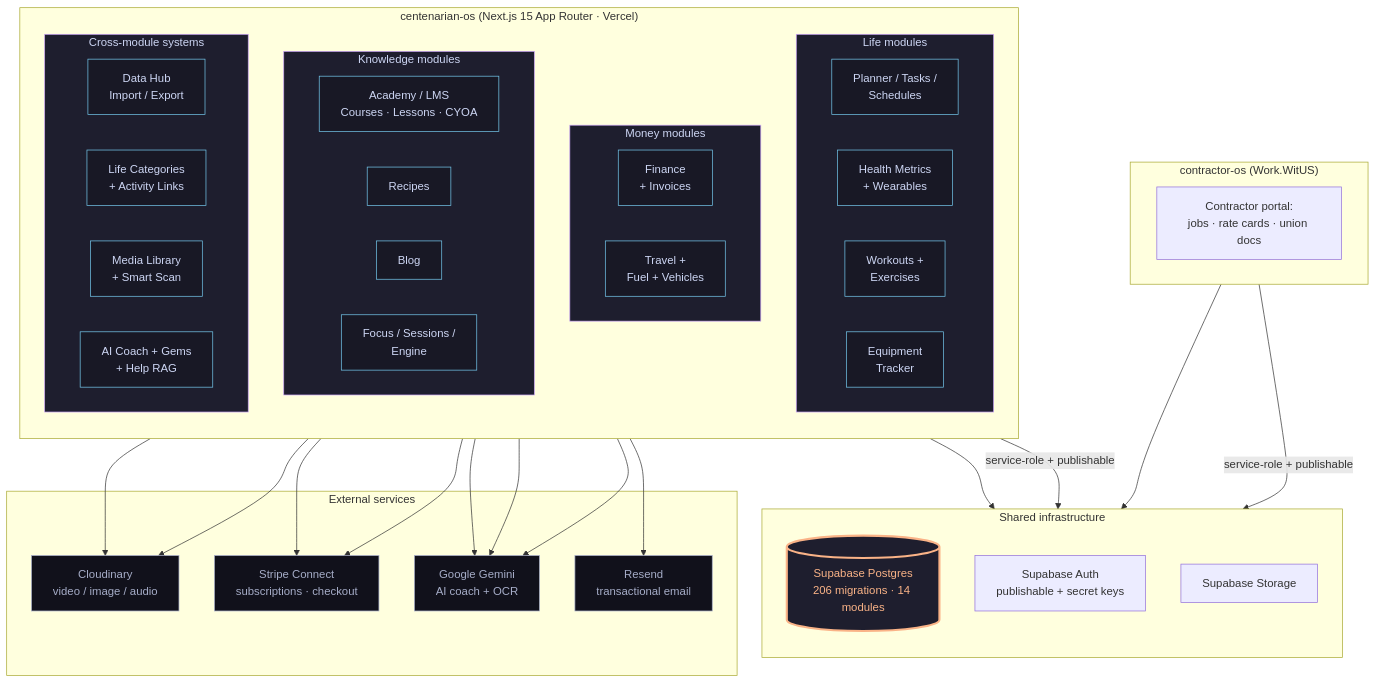
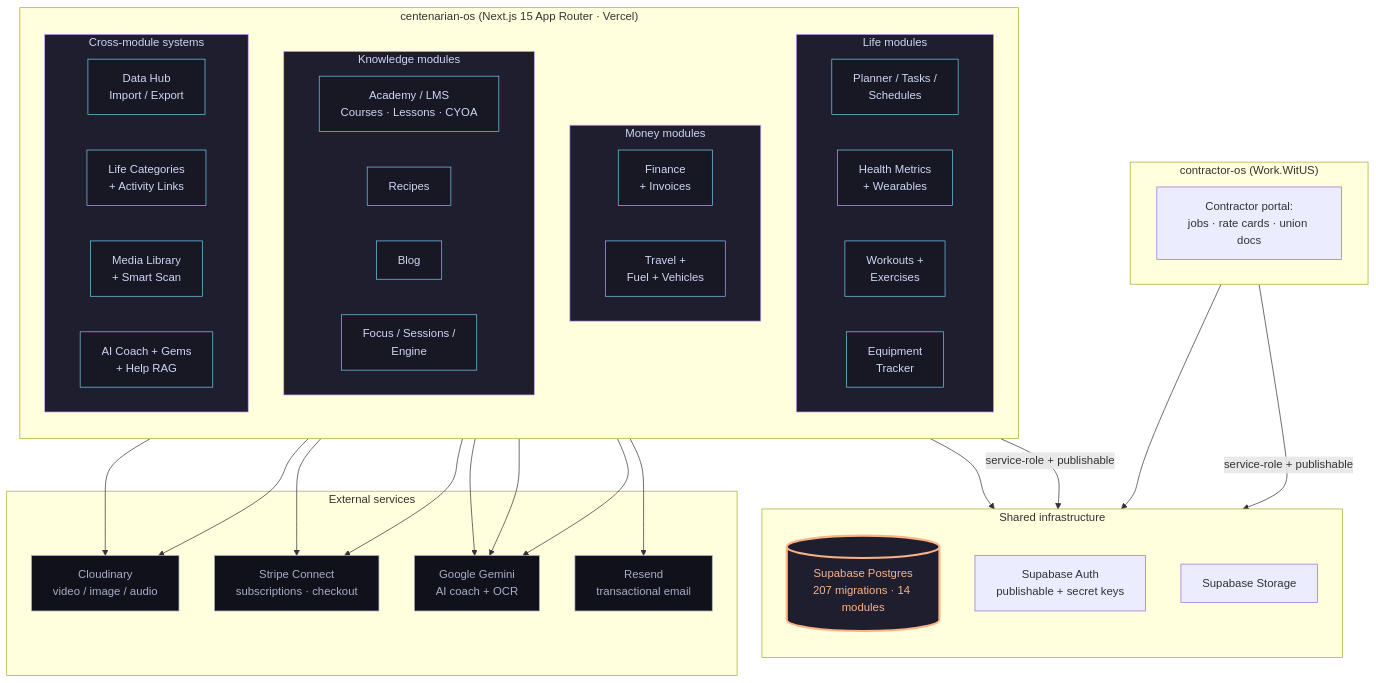
Before and after one commit to dapperAuteur/centenarian-os: the first of 2 diagrams in ARCHITECTURE.md, drawn with Mermaid. The commit also changed other lines of this file and 5 other files, not shown here.

````diff
--- a/ARCHITECTURE.md
+++ b/ARCHITECTURE.md
@@ -14,76 +14,76 @@
 ```mermaid
 flowchart TB
   classDef shell fill:#1e1e2e,stroke:#cba6f7,color:#cdd6f4
   classDef module fill:#181825,stroke:#74c7ec,color:#cdd6f4
   classDef shared fill:#1e1e2e,stroke:#fab387,color:#fab387,stroke-width:3px
   classDef external fill:#11111b,stroke:#a6adc8,color:#a6adc8
 
   subgraph CentOS["centenarian-os (Next.js 15 App Router · Vercel)"]
     direction TB
 
     subgraph Life["Life modules"]
       direction LR
       Planner[Planner / Tasks /<br/>Schedules]
       Health[Health Metrics<br/>+ Wearables]
       Workouts[Workouts +<br/>Exercises]
       Equipment[Equipment<br/>Tracker]
     end
 
     subgraph Money["Money modules"]
       direction LR
       Finance[Finance<br/>+ Invoices]
       Travel[Travel +<br/>Fuel + Vehicles]
     end
 
     subgraph Knowledge["Knowledge modules"]
       direction LR
       Academy[Academy / LMS<br/>Courses · Lessons · CYOA]
       Recipes[Recipes]
       Blog[Blog]
       Focus[Focus / Sessions /<br/>Engine]
     end
 
     subgraph Cross["Cross-module systems"]
       direction LR
       DataHub[Data Hub<br/>Import / Export]
       Categories[Life Categories<br/>+ Activity Links]
       MediaLib[Media Library<br/>+ Smart Scan]
       Coach[AI Coach + Gems<br/>+ Help RAG]
     end
   end
 
   subgraph Shared["Shared infrastructure"]
     direction TB
-    Supabase[(Supabase Postgres<br/>206 migrations · 14 modules)]:::shared
+    Supabase[(Supabase Postgres<br/>207 migrations · 14 modules)]:::shared
     SupaAuth[Supabase Auth<br/>publishable + secret keys]
     SupaStorage[Supabase Storage]
   end
 
   subgraph Sibling["contractor-os (Work.WitUS)"]
     Contractor[Contractor portal:<br/>jobs · rate cards · union docs]
   end
 
   subgraph External["External services"]
     Cloudinary[Cloudinary<br/>video / image / audio]
     Stripe[Stripe Connect<br/>subscriptions · checkout]
     Gemini[Google Gemini<br/>AI coach + OCR]
     Resend[Resend<br/>transactional email]
   end
 
   CentOS -->|service-role + publishable| Supabase
   Sibling -->|service-role + publishable| Supabase
   CentOS --> SupaAuth
   Sibling --> SupaAuth
   CentOS --> Cloudinary
   CentOS --> Stripe
   CentOS --> Gemini
   CentOS --> Resend
   Coach --> Gemini
   MediaLib --> Cloudinary
   MediaLib --> Gemini
   Finance --> Stripe
 
   class Life,Money,Knowledge,Cross shell
   class Planner,Health,Workouts,Equipment,Finance,Travel,Academy,Recipes,Blog,Focus,DataHub,Categories,MediaLib,Coach module
   class Cloudinary,Stripe,Gemini,Resend external
 ```
````
